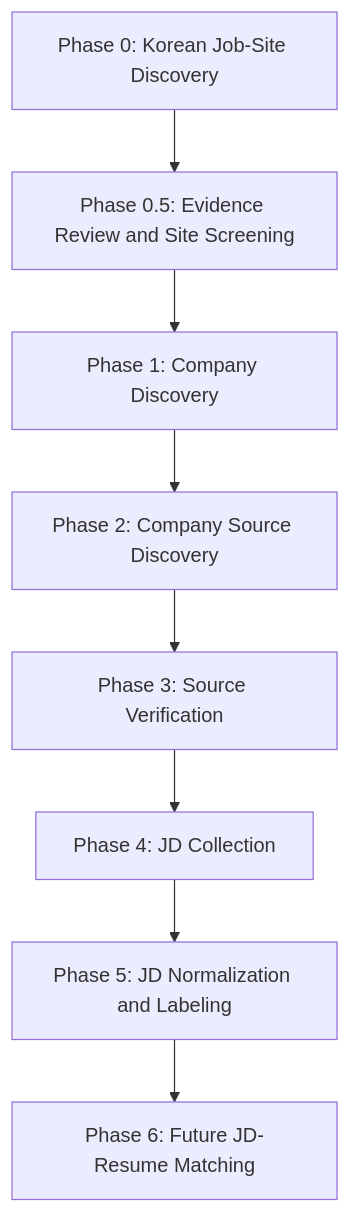
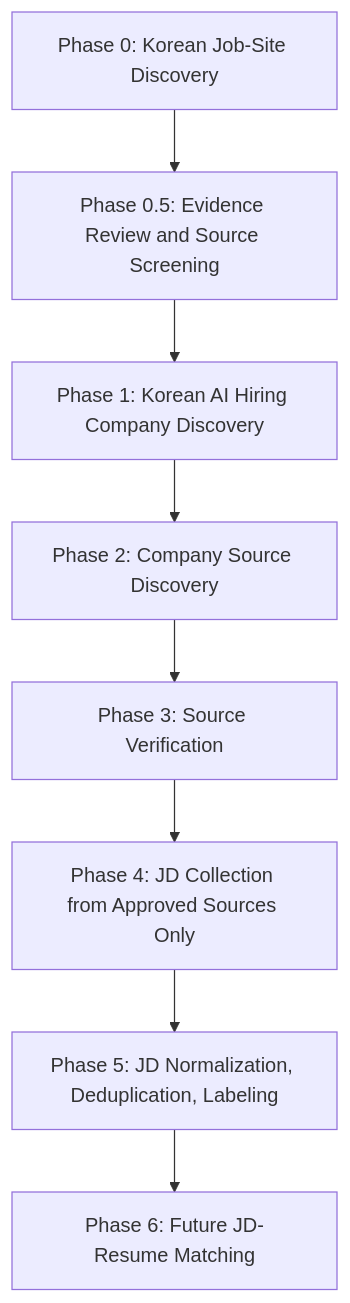
Before and after one commit to mieaumin/ai-hiring-market-pipeline: the diagram in README.md, drawn with Mermaid. The commit also changed other lines of this file and 49 other files, not shown here.

Commit message:
Document Korean-market ATS and source lineage architecture

````diff
--- a/README.md
+++ b/README.md
@@ -41,13 +26,13 @@
 ```mermaid
 flowchart TD
   P0["Phase 0: Korean Job-Site Discovery"]
-  P05["Phase 0.5: Evidence Review and Site Screening"]
-  P1["Phase 1: Company Discovery"]
+  P05["Phase 0.5: Evidence Review and Source Screening"]
+  P1["Phase 1: Korean AI Hiring Company Discovery"]
   P2["Phase 2: Company Source Discovery"]
   P3["Phase 3: Source Verification"]
-  P4["Phase 4: JD Collection"]
-  P5["Phase 5: JD Normalization and Labeling"]
+  P4["Phase 4: JD Collection from Approved Sources Only"]
+  P5["Phase 5: JD Normalization, Deduplication, Labeling"]
   P6["Phase 6: Future JD-Resume Matching"]
 
   P0 --> P05 --> P1 --> P2 --> P3 --> P4 --> P5 --> P6
 ```
````
